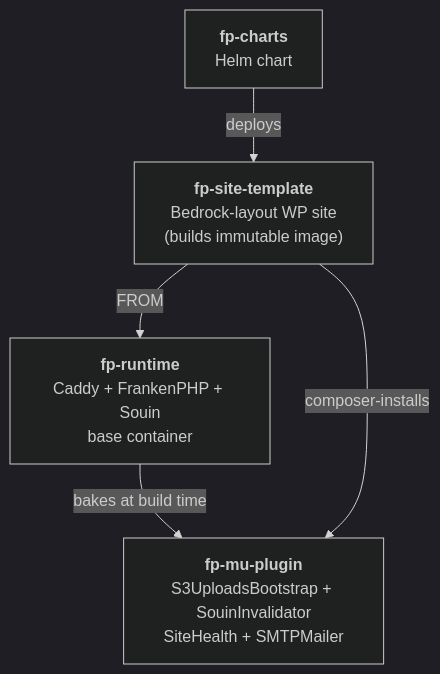
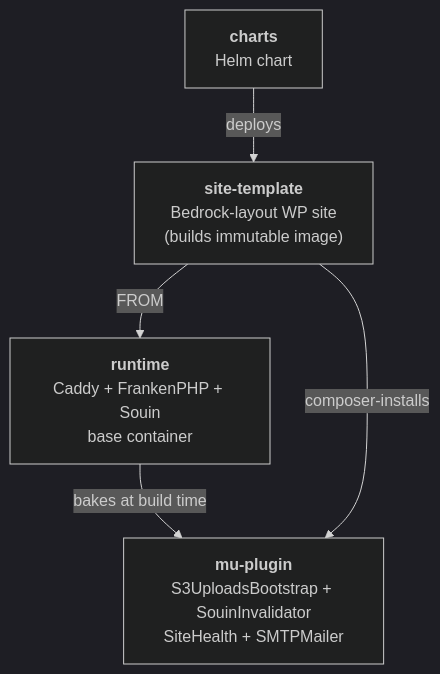
One commit to EightOEight/docs changed the first of 3 diagrams in architecture.mdx. Above: the diagram before and after it, drawn with Mermaid (dark theme). The commit also changed other lines of this file and 19 other files, not shown here.

````diff
--- a/architecture.mdx
+++ b/architecture.mdx
@@ -9,12 +9,12 @@
 ```mermaid
 flowchart TD
-    charts["<b>fp-charts</b><br/>Helm chart"]
-    template["<b>fp-site-template</b><br/>Bedrock-layout WP site<br/>(builds immutable image)"]
-    runtime["<b>fp-runtime</b><br/>Caddy + FrankenPHP + Souin<br/>base container"]
-    mu["<b>fp-mu-plugin</b><br/>S3UploadsBootstrap + SouinInvalidator<br/>SiteHealth + SMTPMailer"]
+    charts["<b>charts</b><br/>Helm chart"]
+    template["<b>site-template</b><br/>Bedrock-layout WP site<br/>(builds immutable image)"]
+    runtime["<b>runtime</b><br/>Caddy + FrankenPHP + Souin<br/>base container"]
+    mu["<b>mu-plugin</b><br/>S3UploadsBootstrap + SouinInvalidator<br/>SiteHealth + SMTPMailer"]
 
     charts -->|deploys| template
     template -->|FROM| runtime
     runtime -->|bakes at build time| mu
     template -->|composer-installs| mu
 ```
````
